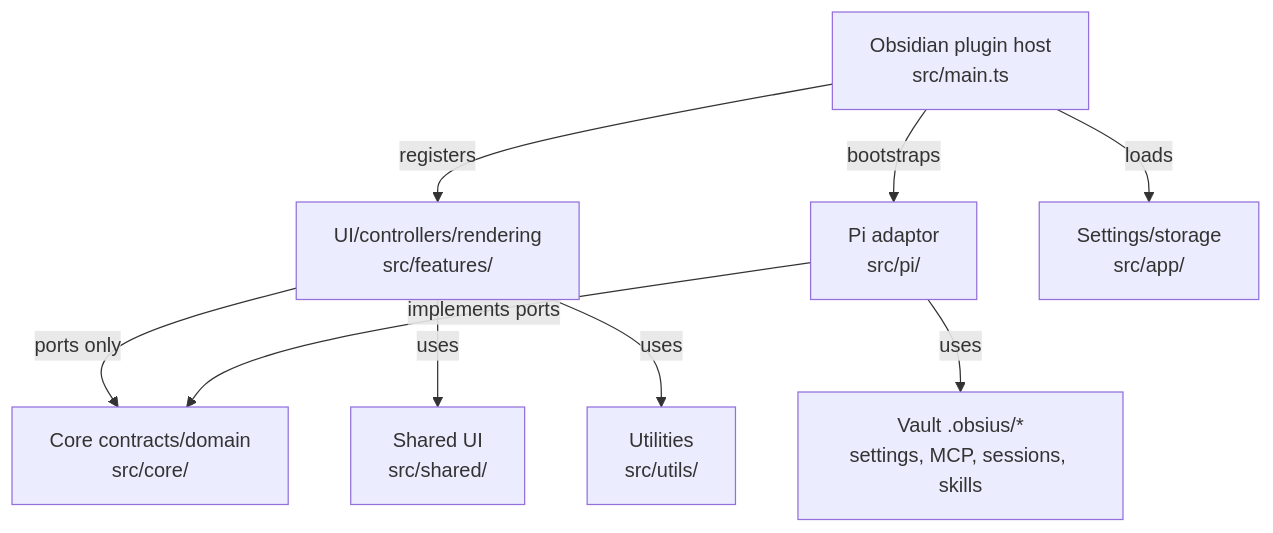
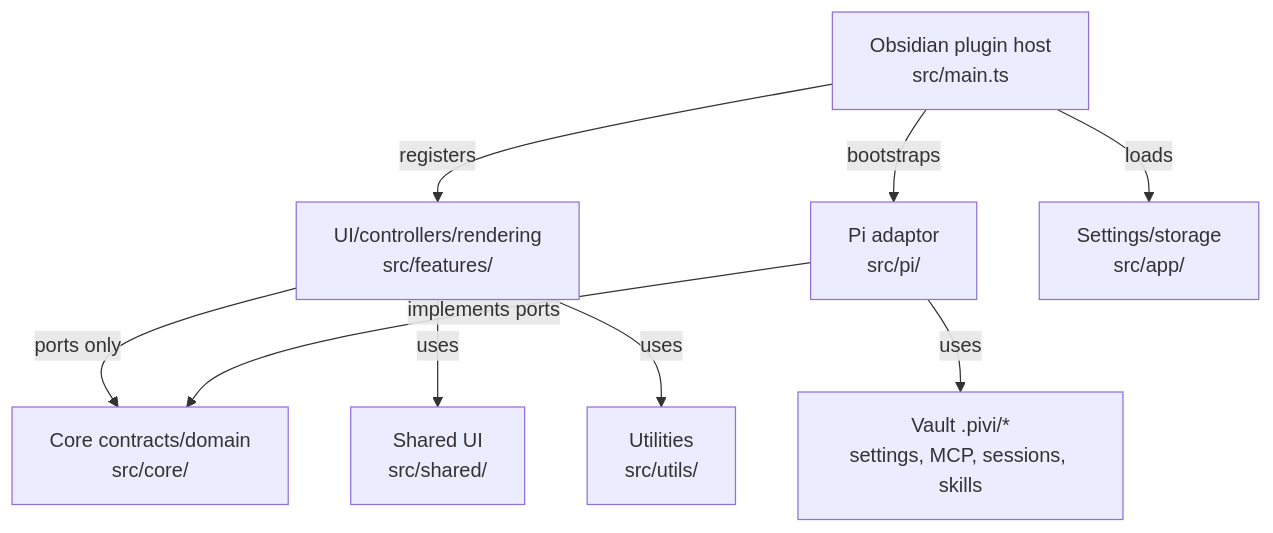
The diagram in docs/architecture/system-architecture.md (shuuul/obsidian-pivi), drawn with Mermaid before and after one commit. The commit also changed other lines of this file and 283 other files, not shown here.

First line of the commit message:
feat(plugin)!: rename Obsius to Pivi

````diff
--- a/docs/architecture/system-architecture.md
+++ b/docs/architecture/system-architecture.md
@@ -19,11 +19,11 @@
 ```mermaid
 flowchart TD
   Host["Obsidian plugin host<br/>src/main.ts"] -- "registers" --> Features["UI/controllers/rendering<br/>src/features/"]
   Host -- "bootstraps" --> Pi["Pi adaptor<br/>src/pi/"]
   Host -- "loads" --> App["Settings/storage<br/>src/app/"]
   Features -- "ports only" --> Core["Core contracts/domain<br/>src/core/"]
   Pi -- "implements ports" --> Core
-  Pi -- "uses" --> Vault["Vault .obsius/*<br/>settings, MCP, sessions, skills"]
+  Pi -- "uses" --> Vault["Vault .pivi/*<br/>settings, MCP, sessions, skills"]
   Features -- "uses" --> Shared["Shared UI<br/>src/shared/"]
   Features -- "uses" --> Utils["Utilities<br/>src/utils/"]
 ```
````
